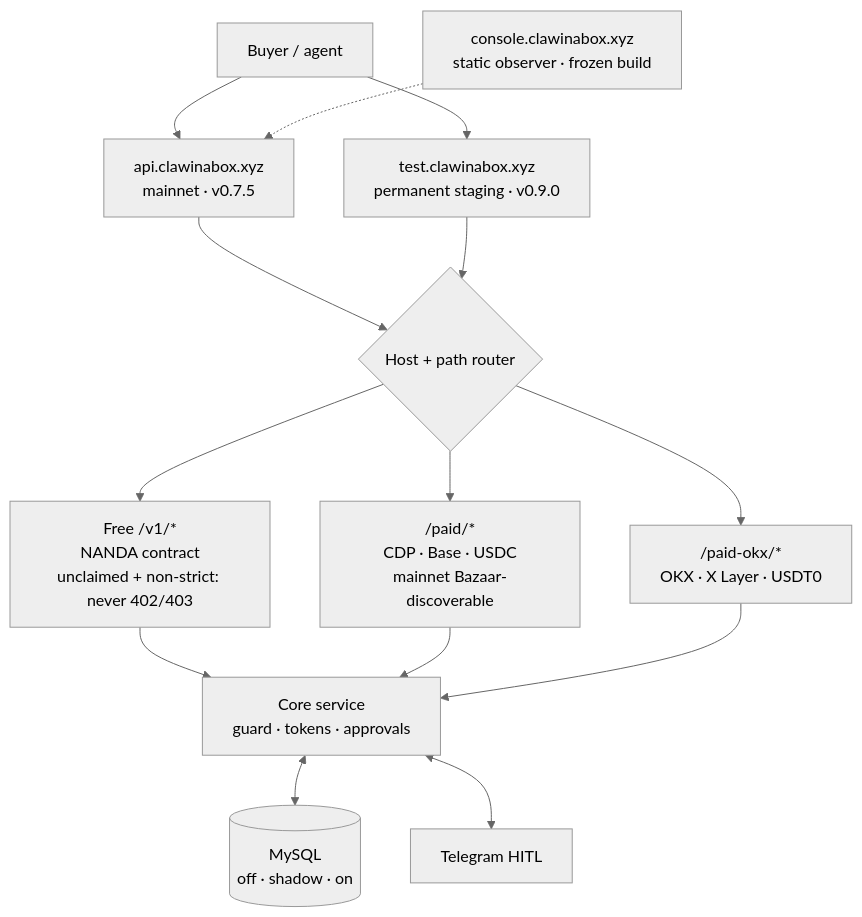
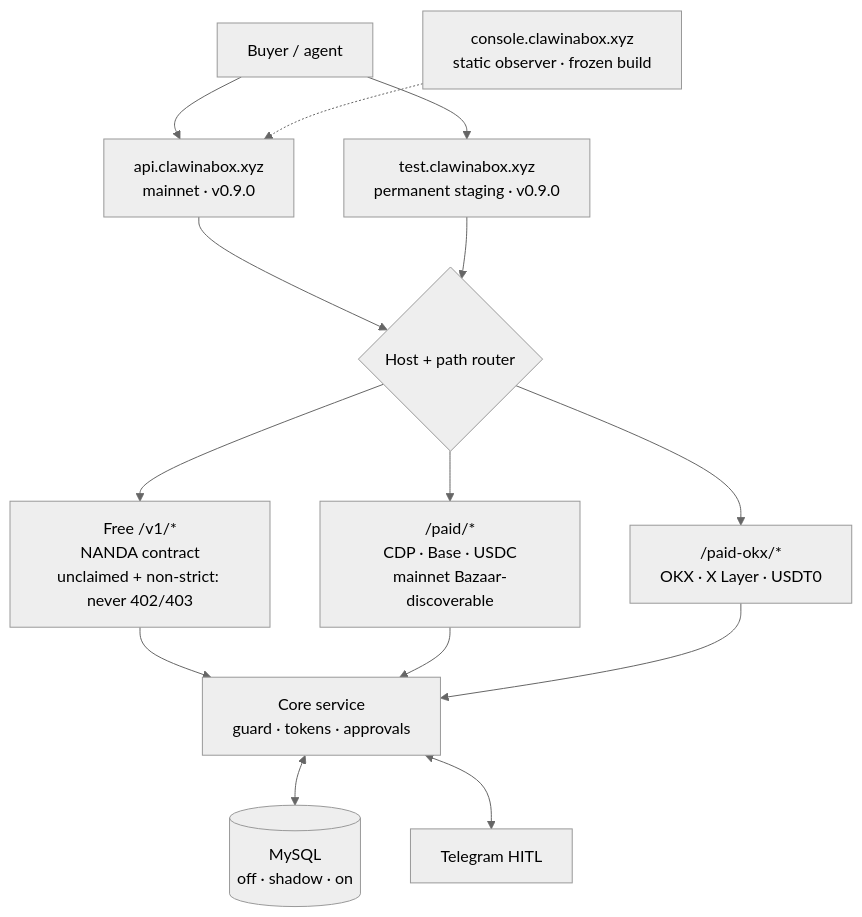
The first of 7 diagrams in README.md (ckeda/claw-in-a-box), drawn with Mermaid (neutral theme) before and after one commit. The commit also changed other lines of this file and 3 other files, not shown here.

````diff
--- a/README.md
+++ b/README.md
@@ -31,28 +31,28 @@
 ```mermaid
 graph TB
     Agent["Buyer / agent"]
-    Main["api.clawinabox.xyz<br/>mainnet · v0.7.5"]
+    Main["api.clawinabox.xyz<br/>mainnet · v0.9.0"]
     Stage["test.clawinabox.xyz<br/>permanent staging · v0.9.0"]
     Console["console.clawinabox.xyz<br/>static observer · frozen build"]
     Router{"Host + path router"}
     Free["Free /v1/*<br/>NANDA contract<br/>unclaimed + non-strict: never 402/403"]
     CDP["/paid/*<br/>CDP · Base · USDC<br/>mainnet Bazaar-discoverable"]
     OKX["/paid-okx/*<br/>OKX · X Layer · USDT0"]
     Core["Core service<br/>guard · tokens · approvals"]
     DB[("MySQL<br/>off · shadow · on")]
     TG["Telegram HITL"]
 
     Agent --> Main
     Agent --> Stage
     Main --> Router
     Stage --> Router
     Router --> Free
     Router --> CDP
     Router --> OKX
     Free --> Core
     CDP --> Core
     OKX --> Core
     Core <--> DB
     Core <--> TG
     Console -.-> Main
 ```
````
